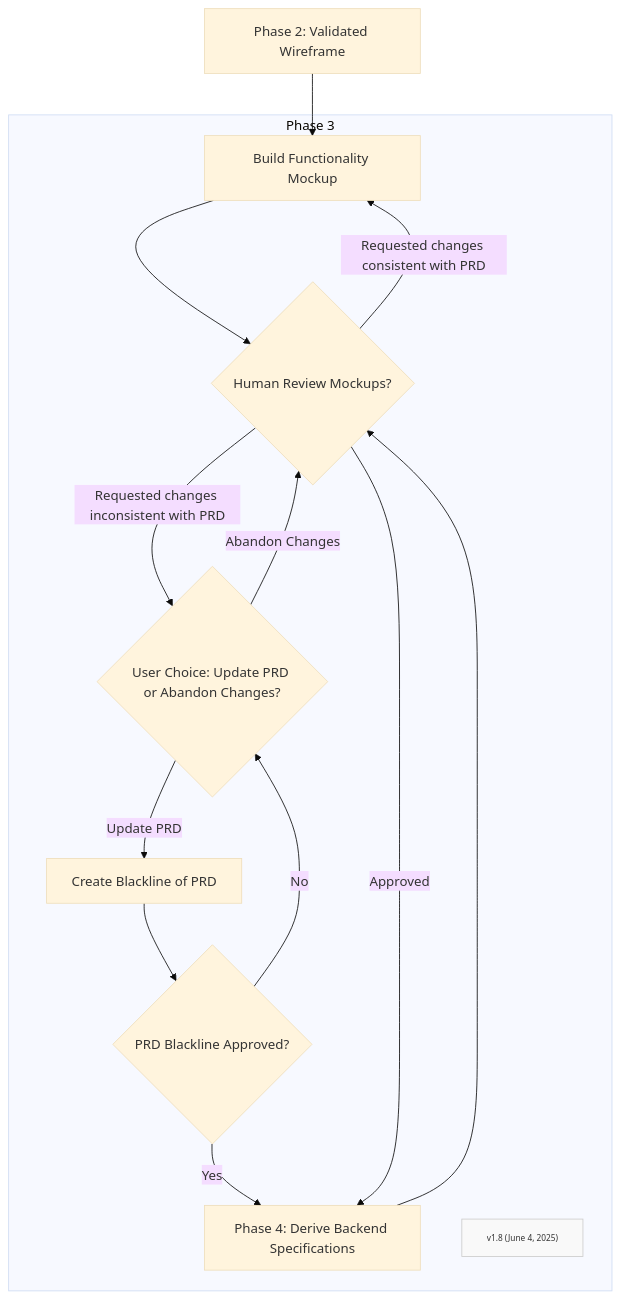
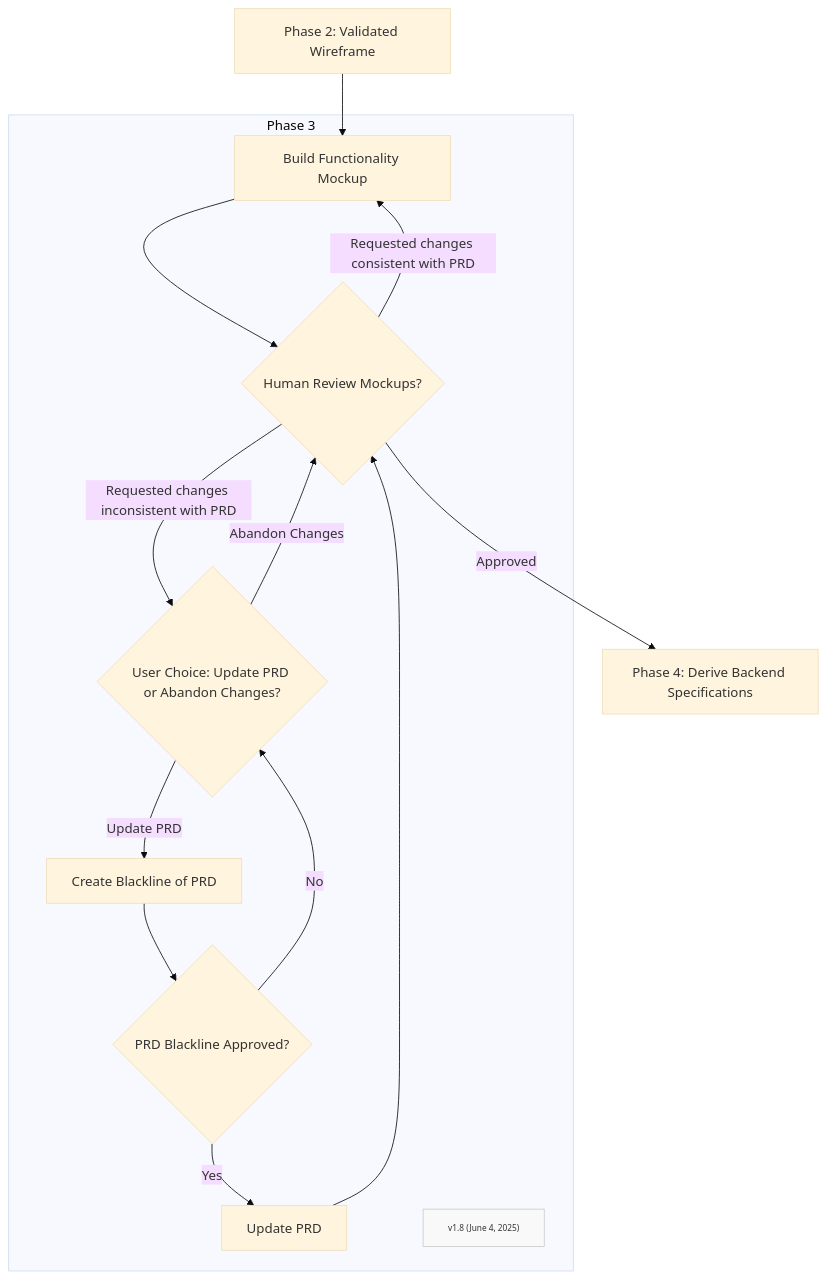
The diagram in Phases/FF-phase3.md (Mharbulous/Front-First-Method), drawn with Mermaid (base theme) before and after one commit.

Commit message:
refinement

````diff
--- a/Phases/FF-phase3.md
+++ b/Phases/FF-phase3.md
@@ -2,24 +2,24 @@
 ```mermaid
 graph TD
     B1["Phase 2: Validated Wireframe"] --> B2["Build Functionality Mockup"]
 
     subgraph Phase3["Phase 3"]
         B2 --> B2_Val{"Human Review Mockups?"}
         
         B2_Val -->|Requested changes inconsistent with PRD| B2_User_Choice{"User Choice: Update PRD or Abandon Changes?"}
         B2_Val -->|Requested changes consistent with PRD| B2
 
         B2_User_Choice -->|Update PRD| B2_PRD_Update["Create Blackline of PRD"]
         B2_User_Choice -->|Abandon Changes| B2_Val
         B2_PRD_Update --> B2_PRD_Approved{"PRD Blackline Approved?"}
         B2_PRD_Approved -->|No| B2_User_Choice
         B2_PRD_Approved -->|Yes| B3["Update PRD"]
         B3 --> B2_Val
 
         Version["v1.8 (June 4, 2025)"]
         classDef version fill:#f9f9f9,stroke:#ccc,font-size:10px
         class Version version
     end
 
-    B2_Val -->|Approved| B3["Phase 4: Derive Backend Specifications"]
+    B2_Val -->|Approved| Phase4["Phase 4: Derive Backend Specifications"]
 ```
````
